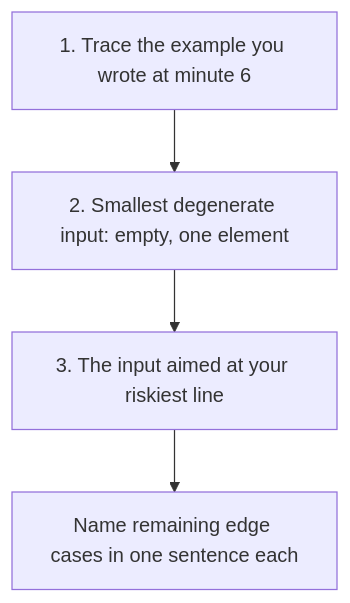
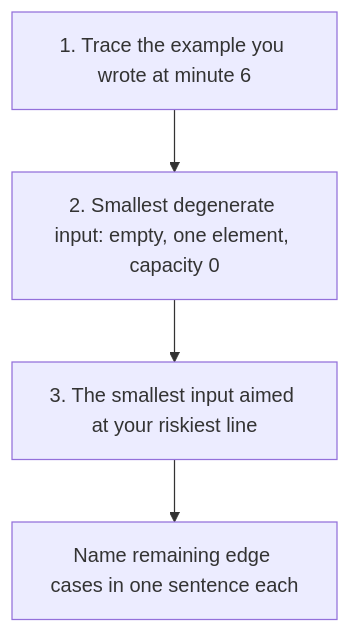
One commit to thull32/ascend changed the diagram in content/tracks/05-interview-patterns/05-interview-execution/03-testing-live.md. Above: the diagram before and after it, drawn with Mermaid. The commit also changed other lines of this file and 28 other files, not shown here.

First line of the commit message:
content: finish advanced data structures; deepen array, graph and execution patterns

````diff
--- a/content/tracks/05-interview-patterns/05-interview-execution/03-testing-live.md
+++ b/content/tracks/05-interview-patterns/05-interview-execution/03-testing-live.md
@@ -29,6 +18,6 @@
 ```mermaid
 flowchart TD
-  A["1. Trace the example you wrote at minute 6"] --> B["2. Smallest degenerate input: empty, one element"]
-  B --> C["3. The input aimed at your riskiest line"]
+  A["1. Trace the example you wrote at minute 6"] --> B["2. Smallest degenerate input: empty, one element, capacity 0"]
+  B --> C["3. The smallest input aimed at your riskiest line"]
   C --> D["Name remaining edge cases in one sentence each"]
 ```
````
